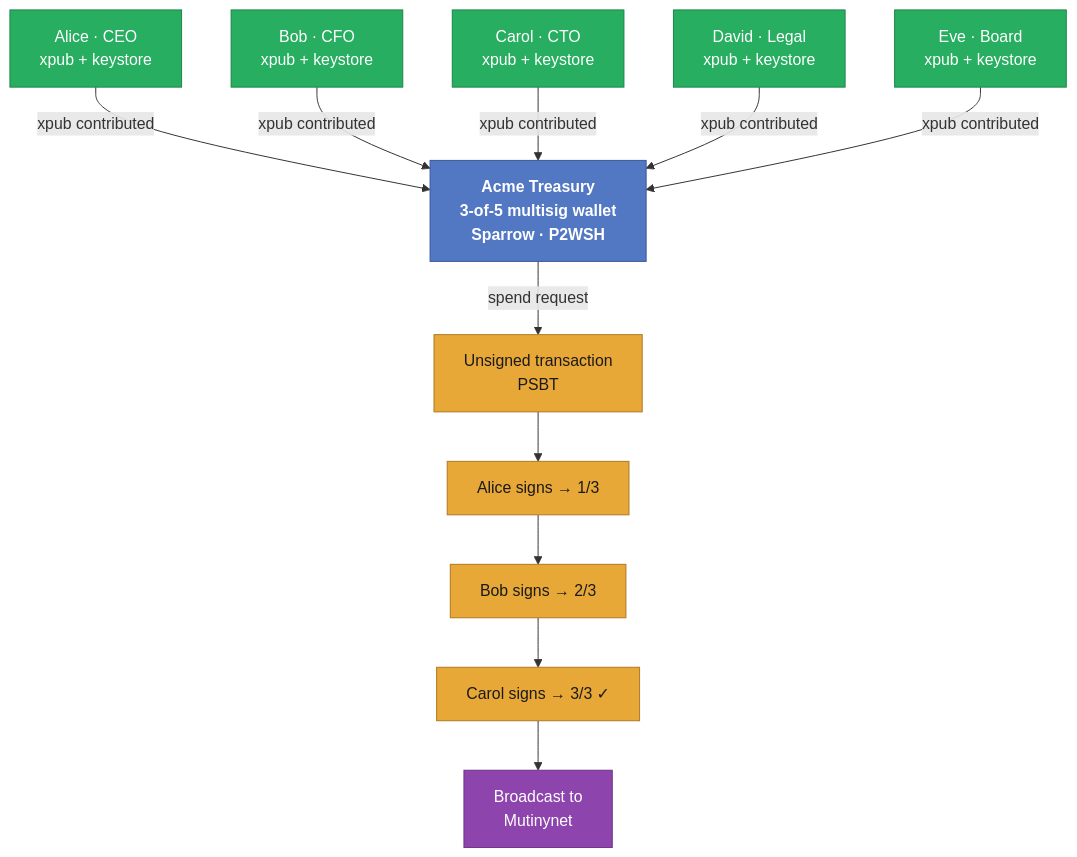
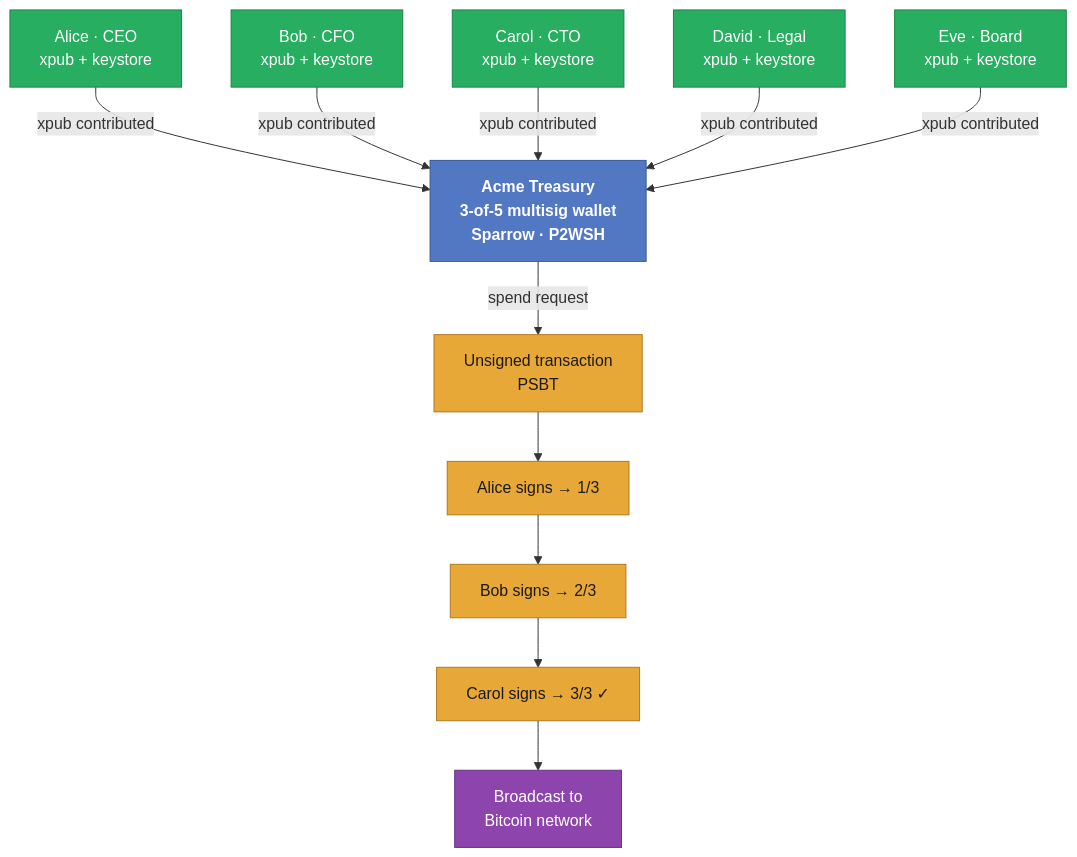
One commit to mybonk/mybonk-wiki changed the first of 4 diagrams in workshop-22/README.md. Above: the diagram before and after it, drawn with Mermaid. The commit also changed other lines of this file and 2 other files, not shown here.

````diff
--- a/workshop-22/README.md
+++ b/workshop-22/README.md
@@ -59,30 +61,30 @@
 ```mermaid
 graph TD
     W["Acme Treasury<br/>3-of-5 multisig wallet<br/>Sparrow · P2WSH"]
 
     A["Alice · CEO<br/>xpub + keystore"]
     B["Bob · CFO<br/>xpub + keystore"]
     C["Carol · CTO<br/>xpub + keystore"]
     D["David · Legal<br/>xpub + keystore"]
     E["Eve · Board<br/>xpub + keystore"]
 
     TX["Unsigned transaction<br/>PSBT"]
     S1["Alice signs → 1/3"]
     S2["Bob signs → 2/3"]
     S3["Carol signs → 3/3 ✓"]
-    BC["Broadcast to<br/>Mutinynet"]
+    BC["Broadcast to<br/>Bitcoin network"]
 
     A & B & C & D & E -->|xpub contributed| W
     W -->|spend request| TX
     TX --> S1 --> S2 --> S3 --> BC
 
     classDef wallet fill:#5277C3,stroke:#3a5699,color:#fff,font-weight:bold
     classDef key    fill:#27AE60,stroke:#1e8449,color:#fff
     classDef tx     fill:#E8A838,stroke:#b07820,color:#1a1a1a
     classDef broad  fill:#8E44AD,stroke:#6c3483,color:#fff
 
     class W wallet
     class A,B,C,D,E key
     class TX,S1,S2,S3 tx
     class BC broad
 ```
````
